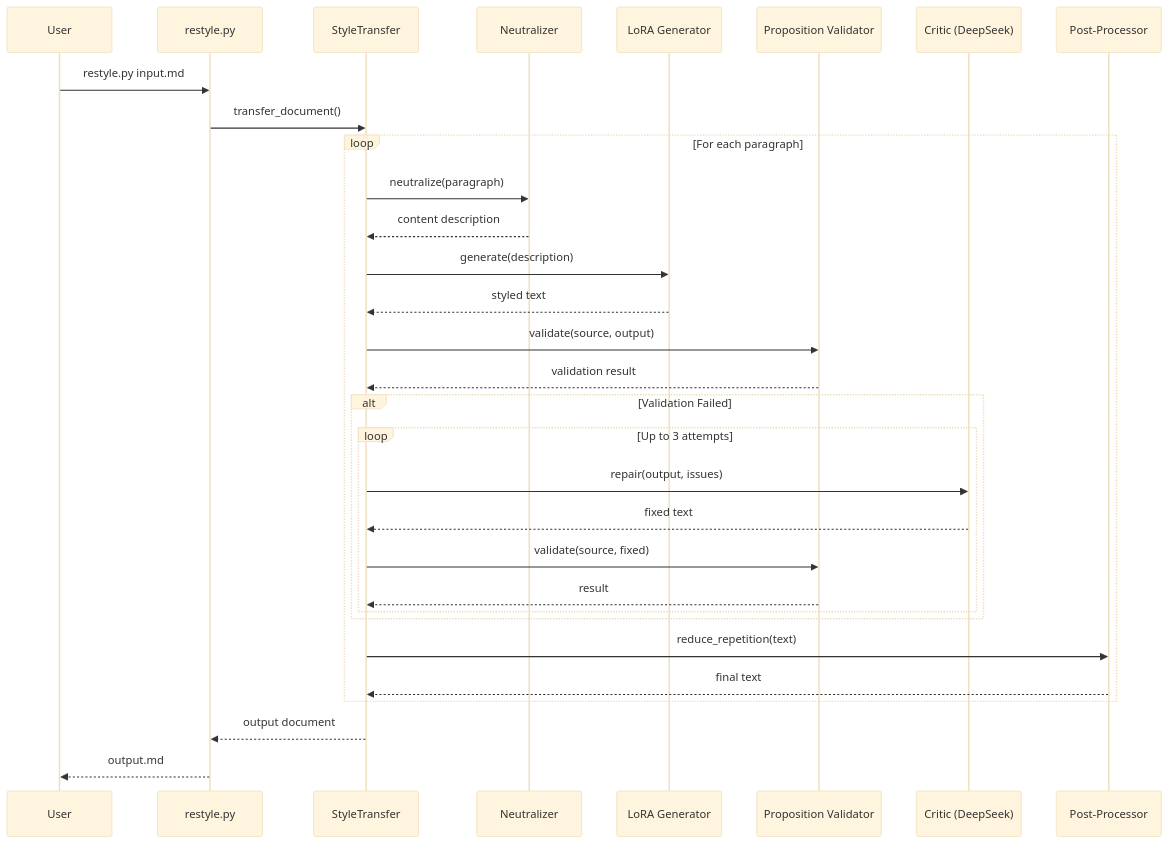
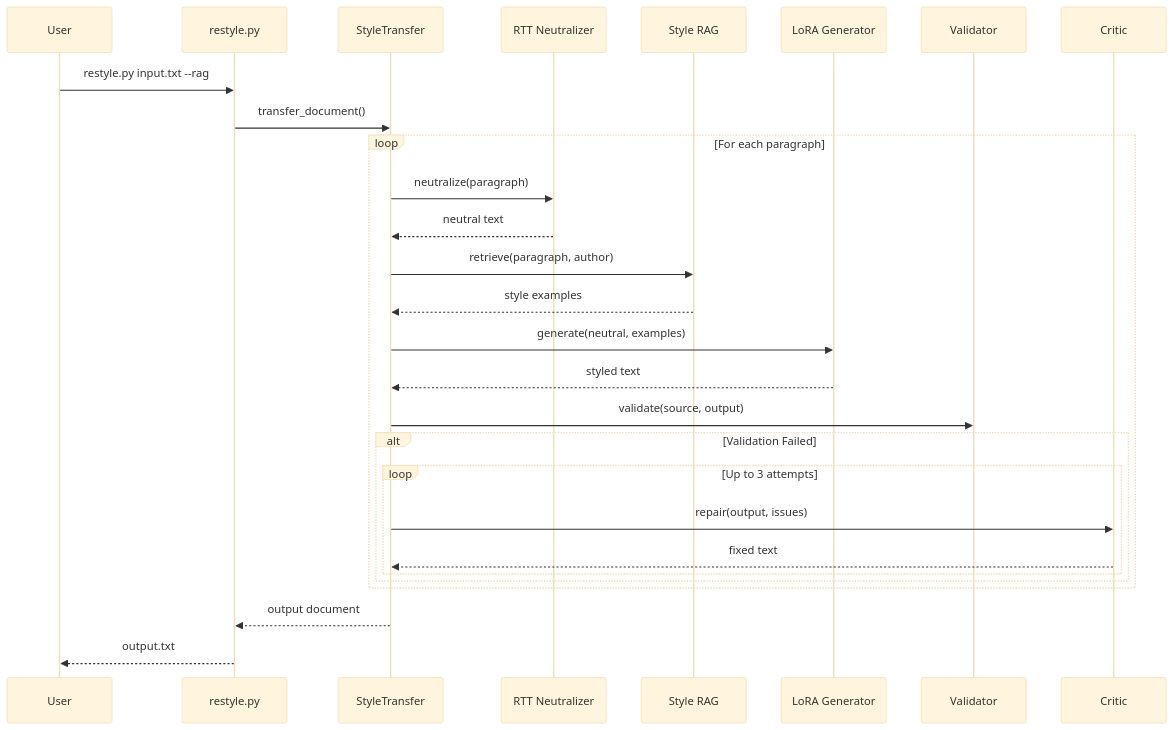
Before and after one commit to yogthos/revenant: the sixth of 6 diagrams in README.md, drawn with Mermaid (base theme). The commit also changed other lines of this file and 5 other files, not shown here.

````diff
--- a/README.md
+++ b/README.md
@@ -455,40 +378,37 @@
 ```mermaid
 sequenceDiagram
     participant User
     participant CLI as restyle.py
     participant Transfer as StyleTransfer
-    participant Neutralizer as Neutralizer
+    participant RTT as RTT Neutralizer
+    participant RAG as Style RAG
     participant LoRA as LoRA Generator
-    participant Validator as Proposition Validator
-    participant Critic as Critic (DeepSeek)
-    participant Post as Post-Processor
+    participant Validator as Validator
+    participant Critic as Critic
 
-    User->>CLI: restyle.py input.md
+    User->>CLI: restyle.py input.txt --rag
     CLI->>Transfer: transfer_document()
 
     loop For each paragraph
-        Transfer->>Neutralizer: neutralize(paragraph)
-        Neutralizer-->>Transfer: content description
+        Transfer->>RTT: neutralize(paragraph)
+        RTT-->>Transfer: neutral text
 
-        Transfer->>LoRA: generate(description)
+        Transfer->>RAG: retrieve(paragraph, author)
+        RAG-->>Transfer: style examples
+
+        Transfer->>LoRA: generate(neutral, examples)
         LoRA-->>Transfer: styled text
 
         Transfer->>Validator: validate(source, output)
-        Validator-->>Transfer: validation result
 
         alt Validation Failed
             loop Up to 3 attempts
                 Transfer->>Critic: repair(output, issues)
                 Critic-->>Transfer: fixed text
-                Transfer->>Validator: validate(source, fixed)
-                Validator-->>Transfer: result
             end
         end
-
-        Transfer->>Post: reduce_repetition(text)
-        Post-->>Transfer: final text
     end
 
     Transfer-->>CLI: output document
-    CLI-->>User: output.md
+    CLI-->>User: output.txt
 ```
````
